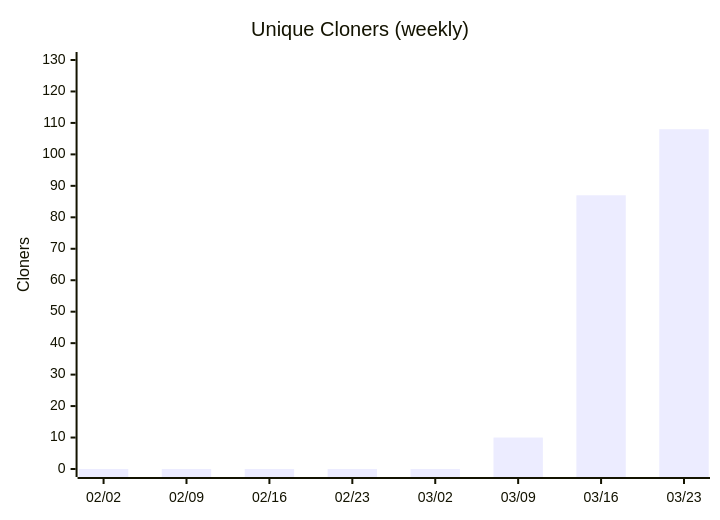
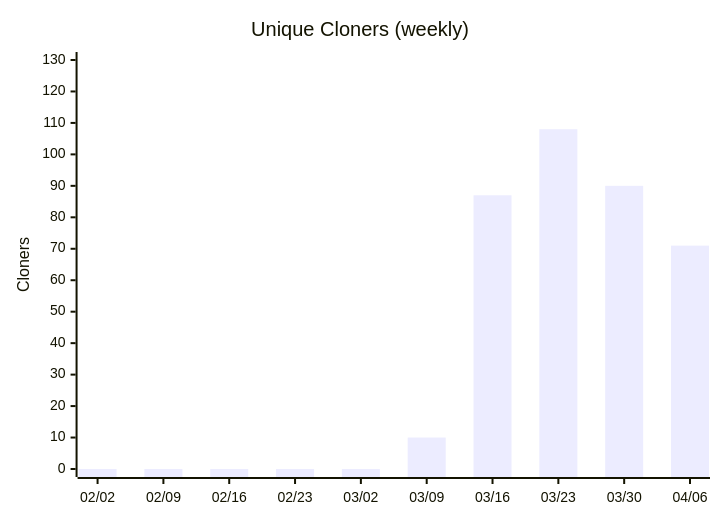
One commit to nablarch/nabledge-dev changed diagram 14 of 14 in docs/metrics.md. Above: the diagram before and after it, drawn with Mermaid. The commit also changed other lines of this file and 2 other files, not shown here.

````diff
--- a/docs/metrics.md
+++ b/docs/metrics.md
@@ -171,7 +171,7 @@
 ```mermaid
 xychart-beta
   title "Unique Cloners (weekly)"
-  x-axis ["02/02", "02/09", "02/16", "02/23", "03/02", "03/09", "03/16", "03/23"]
+  x-axis ["02/02", "02/09", "02/16", "02/23", "03/02", "03/09", "03/16", "03/23", "03/30", "04/06"]
   y-axis "Cloners" 0 --> 130
-  bar [0, 0, 0, 0, 0, 10, 87, 108]
+  bar [0, 0, 0, 0, 0, 10, 87, 108, 90, 71]
 ```
````
